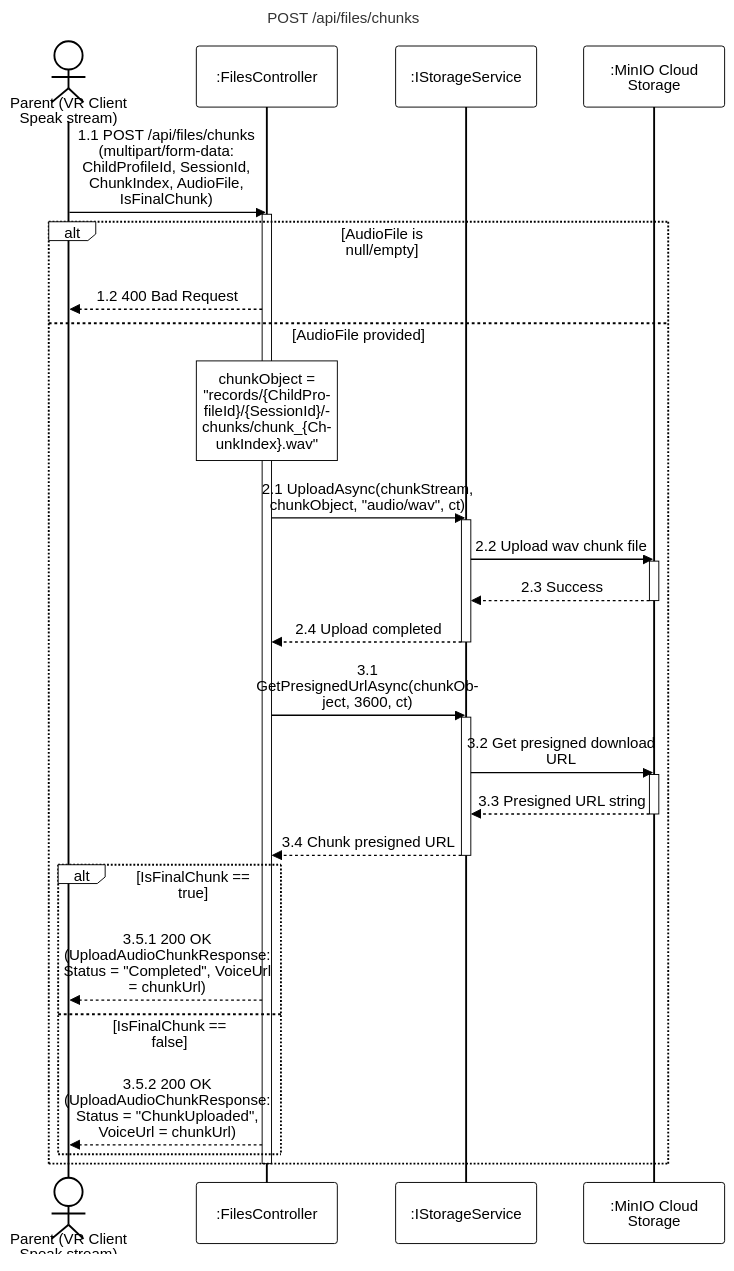
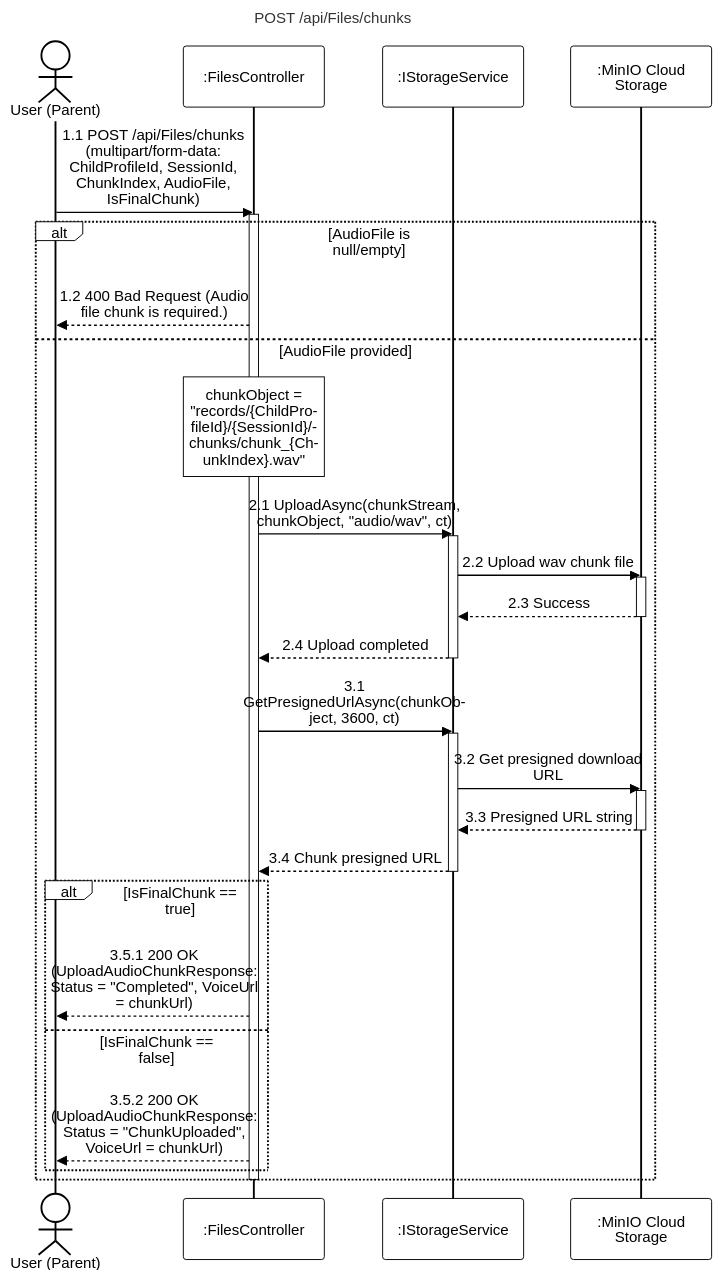
Before and after one commit to PhucAnDev/docx-diagram: the diagram in 07-results-performance-analysis/sequence-diagram/apis/upload-audio-chunk.mmd, drawn with Mermaid. The commit also changed 3 other files, not shown here.

Commit message:
fix: update upload-session-audio.mmd and upload-audio-chunk.mmd with correct route casing, validation checks, and activations

```diff
--- a/07-results-performance-analysis/sequence-diagram/apis/upload-audio-chunk.mmd
+++ b/07-results-performance-analysis/sequence-diagram/apis/upload-audio-chunk.mmd
@@ -1,41 +1,41 @@
 %%{init: {'theme':'base', 'themeVariables': {'actorBkg':'#ffffff','actorBorder':'#000000','actorTextColor':'#000000','actorLineColor':'#000000','signalColor':'#000000','signalTextColor':'#000000','labelBoxBkgColor':'#ffffff','labelBoxBorderColor':'#000000','labelTextColor':'#000000','loopTextColor':'#000000','noteBkgColor':'#ffffff','noteBorderColor':'#000000','noteTextColor':'#000000','activationBorderColor':'#000000','activationBkgColor':'#ffffff','sequenceNumberColor':'#000000'}, 'sequence': {'width':150,'height':65,'actorFontSize':16,'messageFontSize':16,'wrap':true,'wrapPadding':10}}}%%
 sequenceDiagram
-    title POST /api/files/chunks
-    actor Parent as Parent (VR Client Speak stream)
+    title POST /api/Files/chunks
+    actor Parent as User (Parent)
     participant Endpoint as :FilesController
     participant Storage as :IStorageService
     participant MinIO as :MinIO Cloud Storage
 
-    Parent->>Endpoint: 1.1 POST /api/files/chunks (multipart/form-data: ChildProfileId, SessionId, ChunkIndex, AudioFile, IsFinalChunk)
+    Parent->>Endpoint: 1.1 POST /api/Files/chunks (multipart/form-data: ChildProfileId, SessionId, ChunkIndex, AudioFile, IsFinalChunk)
     activate Endpoint
 
     alt AudioFile is null/empty
-        Endpoint-->>Parent: 1.2 400 Bad Request
+        Endpoint-->>Parent: 1.2 400 Bad Request (Audio file chunk is required.)
     else AudioFile provided
         note over Endpoint: chunkObject = "records/{ChildProfileId}/{SessionId}/chunks/chunk_{ChunkIndex}.wav"
         
         Endpoint->>Storage: 2.1 UploadAsync(chunkStream, chunkObject, "audio/wav", ct)
         activate Storage
         Storage->>MinIO: 2.2 Upload wav chunk file
         activate MinIO
         MinIO-->>Storage: 2.3 Success
         deactivate MinIO
         Storage-->>Endpoint: 2.4 Upload completed
         deactivate Storage
 
         Endpoint->>Storage: 3.1 GetPresignedUrlAsync(chunkObject, 3600, ct)
         activate Storage
         Storage->>MinIO: 3.2 Get presigned download URL
         activate MinIO
         MinIO-->>Storage: 3.3 Presigned URL string
         deactivate MinIO
         Storage-->>Endpoint: 3.4 Chunk presigned URL
         deactivate Storage
 
         alt IsFinalChunk == true
             Endpoint-->>Parent: 3.5.1 200 OK (UploadAudioChunkResponse: Status = "Completed", VoiceUrl = chunkUrl)
         else IsFinalChunk == false
             Endpoint-->>Parent: 3.5.2 200 OK (UploadAudioChunkResponse: Status = "ChunkUploaded", VoiceUrl = chunkUrl)
         end
     end
     deactivate Endpoint
```
